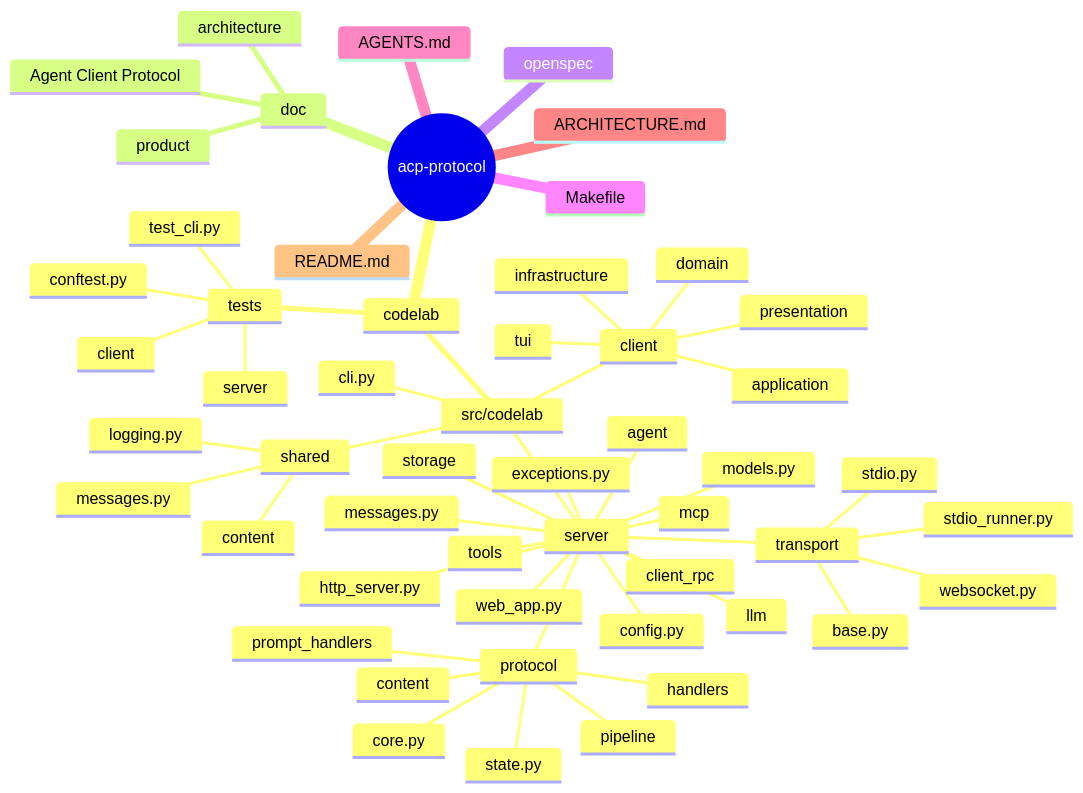
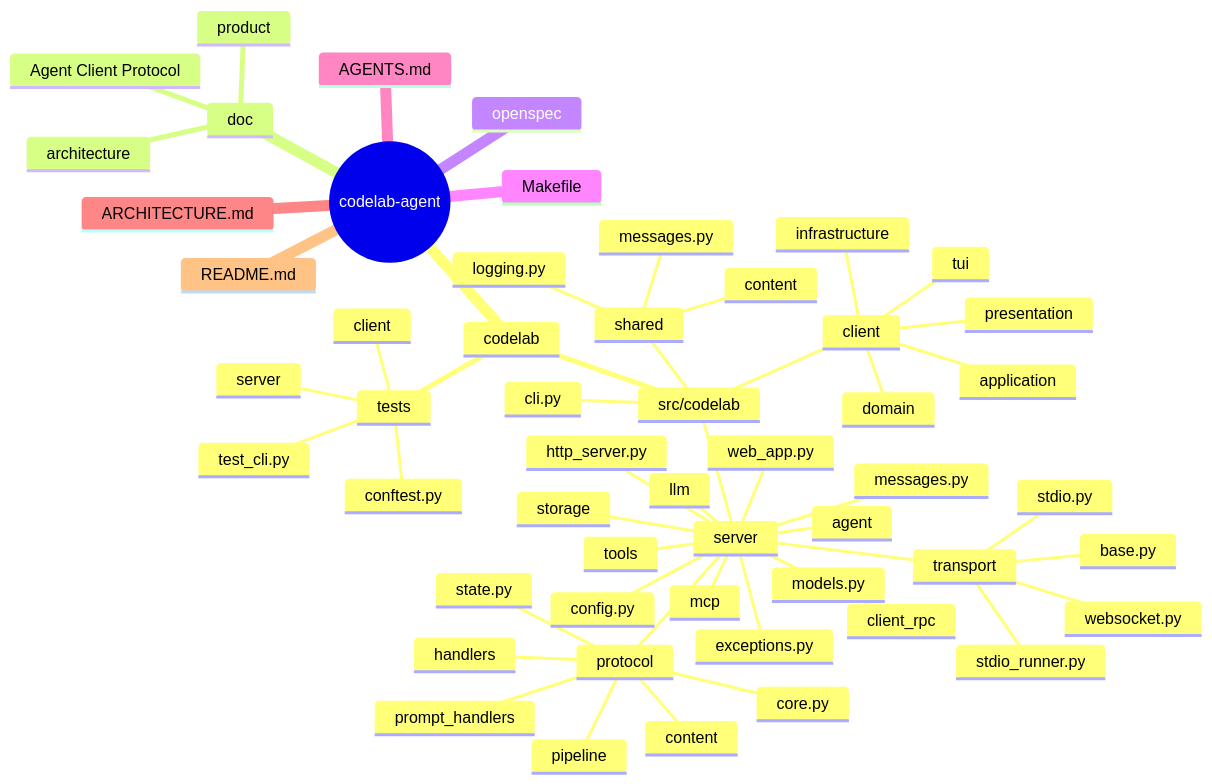
One commit to pese-git/codelab-agent changed the second of 18 diagrams in openspec/specs/codelab.md. Above: the diagram before and after it, drawn with Mermaid. The commit also changed 10 other files, not shown here.

First line of the commit message:
docs: rename project root from acp-protocol to codelab-agent

````diff
--- a/openspec/specs/codelab.md
+++ b/openspec/specs/codelab.md
@@ -71,56 +71,56 @@
 ```mermaid
 mindmap
-  root((acp-protocol))
+  root((codelab-agent))
     codelab
       src/codelab
         cli.py
         client
           domain
           application
           infrastructure
           presentation
           tui
         server
           http_server.py
           transport
             base.py
             websocket.py
             stdio.py
             stdio_runner.py
           web_app.py
           config.py
           messages.py
           models.py
           exceptions.py
           protocol
             core.py
             state.py
             handlers
             pipeline
             content
             prompt_handlers
           agent
           tools
           llm
           mcp
           client_rpc
           storage
         shared
           messages.py
           logging.py
           content
       tests
         client
         server
         conftest.py
         test_cli.py
     doc
       Agent Client Protocol
       product
       architecture
     openspec
     Makefile
     AGENTS.md
     ARCHITECTURE.md
     README.md
 ```
````
